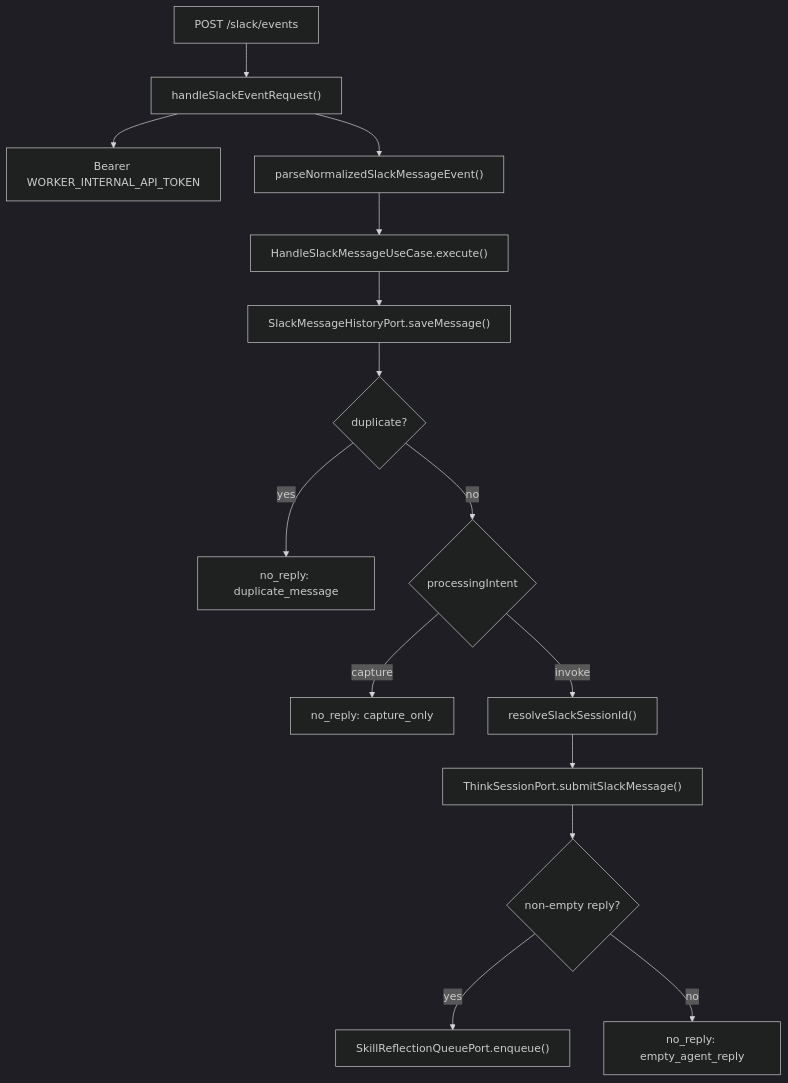
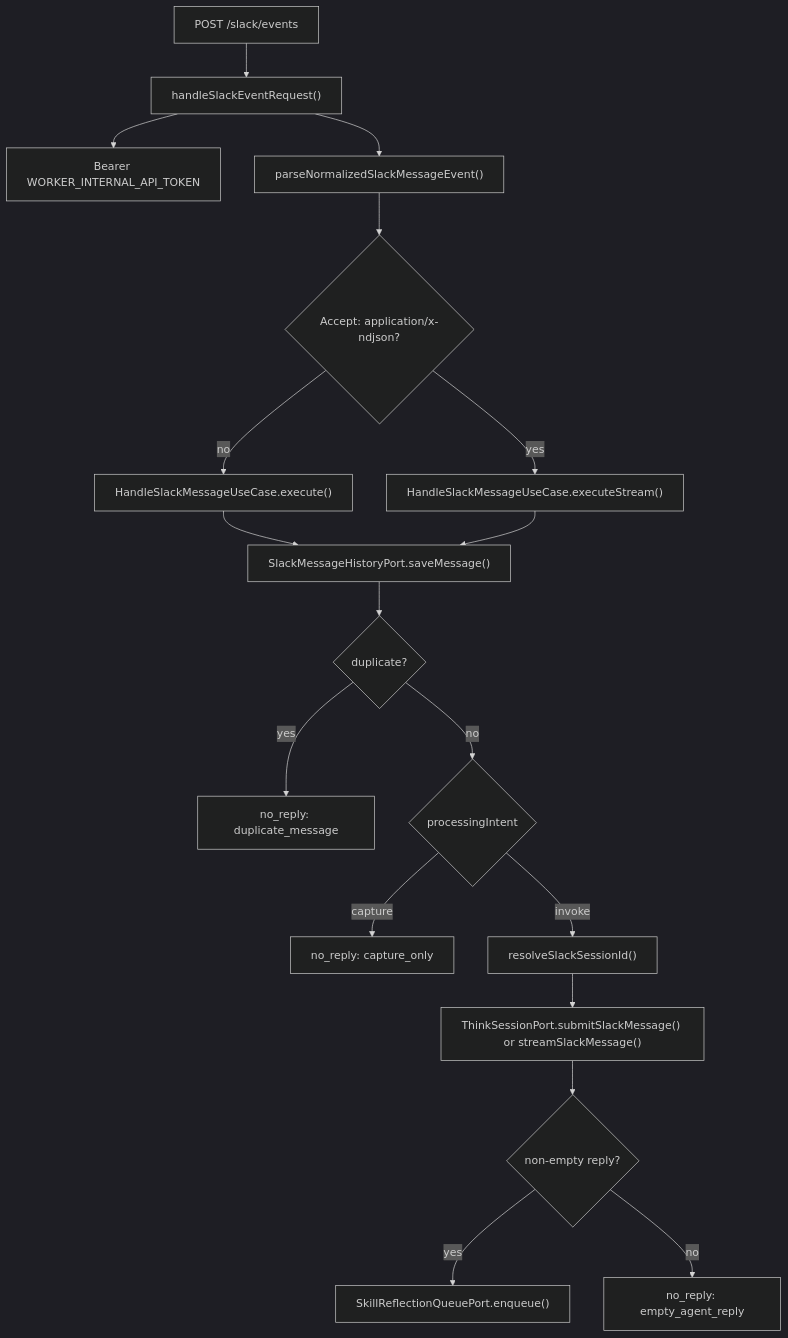
Before and after one commit to GorobVictor/slack-ai-agent-v3: the third of 5 diagrams in README.md, drawn with Mermaid (dark theme). The commit also changed other lines of this file and 1 other file, not shown here.

First line of the commit message:
ref: document Slack streaming replies

````diff
--- a/README.md
+++ b/README.md
@@ -239,17 +241,20 @@
 ```mermaid
 flowchart TD
   request["POST /slack/events"] --> handler["handleSlackEventRequest()"]
   handler --> auth["Bearer WORKER_INTERNAL_API_TOKEN"]
   handler --> parse["parseNormalizedSlackMessageEvent()"]
-  parse --> useCase["HandleSlackMessageUseCase.execute()"]
+  parse --> responseMode{"Accept: application/x-ndjson?"}
+  responseMode -->|"no"| useCase["HandleSlackMessageUseCase.execute()"]
+  responseMode -->|"yes"| streamUseCase["HandleSlackMessageUseCase.executeStream()"]
   useCase --> save["SlackMessageHistoryPort.saveMessage()"]
+  streamUseCase --> save
   save --> duplicate{"duplicate?"}
   duplicate -->|"yes"| noReplyDup["no_reply: duplicate_message"]
   duplicate -->|"no"| intent{"processingIntent"}
   intent -->|"capture"| noReplyCapture["no_reply: capture_only"]
   intent -->|"invoke"| session["resolveSlackSessionId()"]
-  session --> think["ThinkSessionPort.submitSlackMessage()"]
+  session --> think["ThinkSessionPort.submitSlackMessage() or streamSlackMessage()"]
   think --> reply{"non-empty reply?"}
   reply -->|"yes"| enqueue["SkillReflectionQueuePort.enqueue()"]
   reply -->|"no"| noReplyEmpty["no_reply: empty_agent_reply"]
 ```
````
